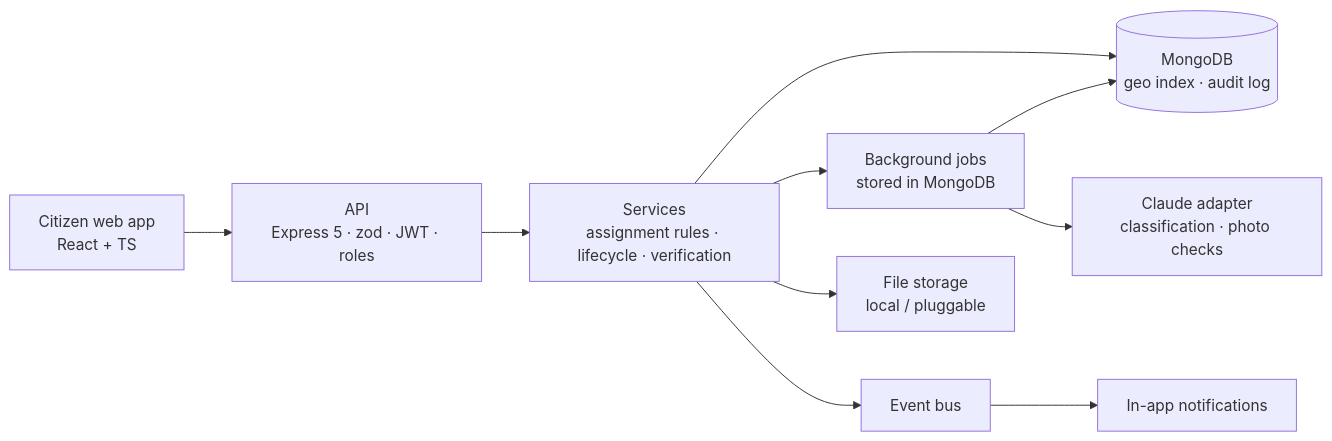
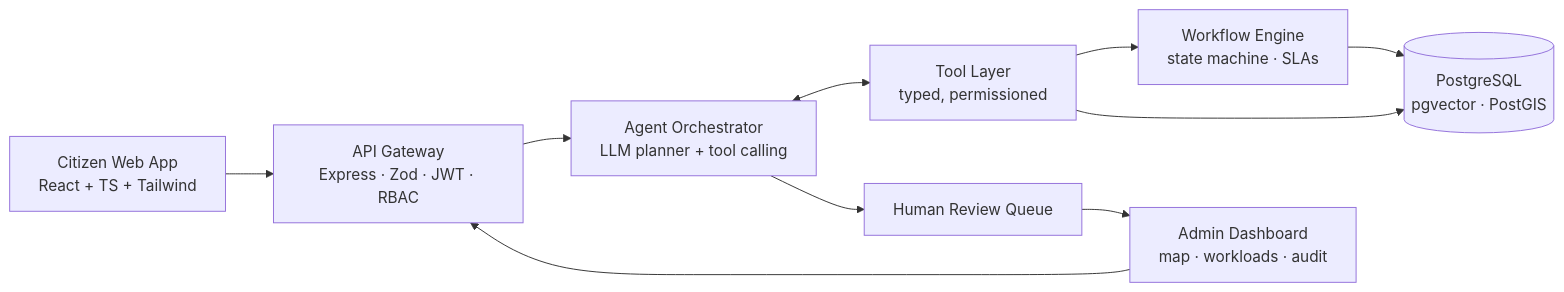
Before and after one commit to vikash-saini-000/civicfix: the diagram in README.md, drawn with Mermaid. The commit also changed other lines of this file and 67 other files, not shown here.

````diff
--- a/README.md
+++ b/README.md
@@ -38,11 +36,12 @@
 ```mermaid
 flowchart LR
-    C[Citizen web app<br/>React + TS] --> A[API<br/>Express 5 · zod · JWT · roles]
-    A --> S[Services<br/>assignment rules · lifecycle · verification]
-    S --> DB[(MongoDB<br/>geo index · audit log)]
-    S --> J[Background jobs<br/>stored in MongoDB]
-    J --> AI[Claude adapter<br/>classification · photo checks]
-    J --> DB
-    S --> E[Event bus] --> N[In-app notifications]
-    S --> F[File storage<br/>local / pluggable]
+    C[Citizen Web App<br/>React + TS + Tailwind] --> A[API Gateway<br/>Express · Zod · JWT · RBAC]
+    A --> O[Agent Orchestrator<br/>LLM planner + tool calling]
+    O <--> T[Tool Layer<br/>typed, permissioned]
+    T --> W[Workflow Engine<br/>state machine · SLAs]
+    T --> DB[(PostgreSQL<br/>pgvector · PostGIS)]
+    W --> DB
+    O --> H[Human Review Queue]
+    H --> D[Admin Dashboard<br/>map · workloads · audit]
+    D --> A
 ```
````
